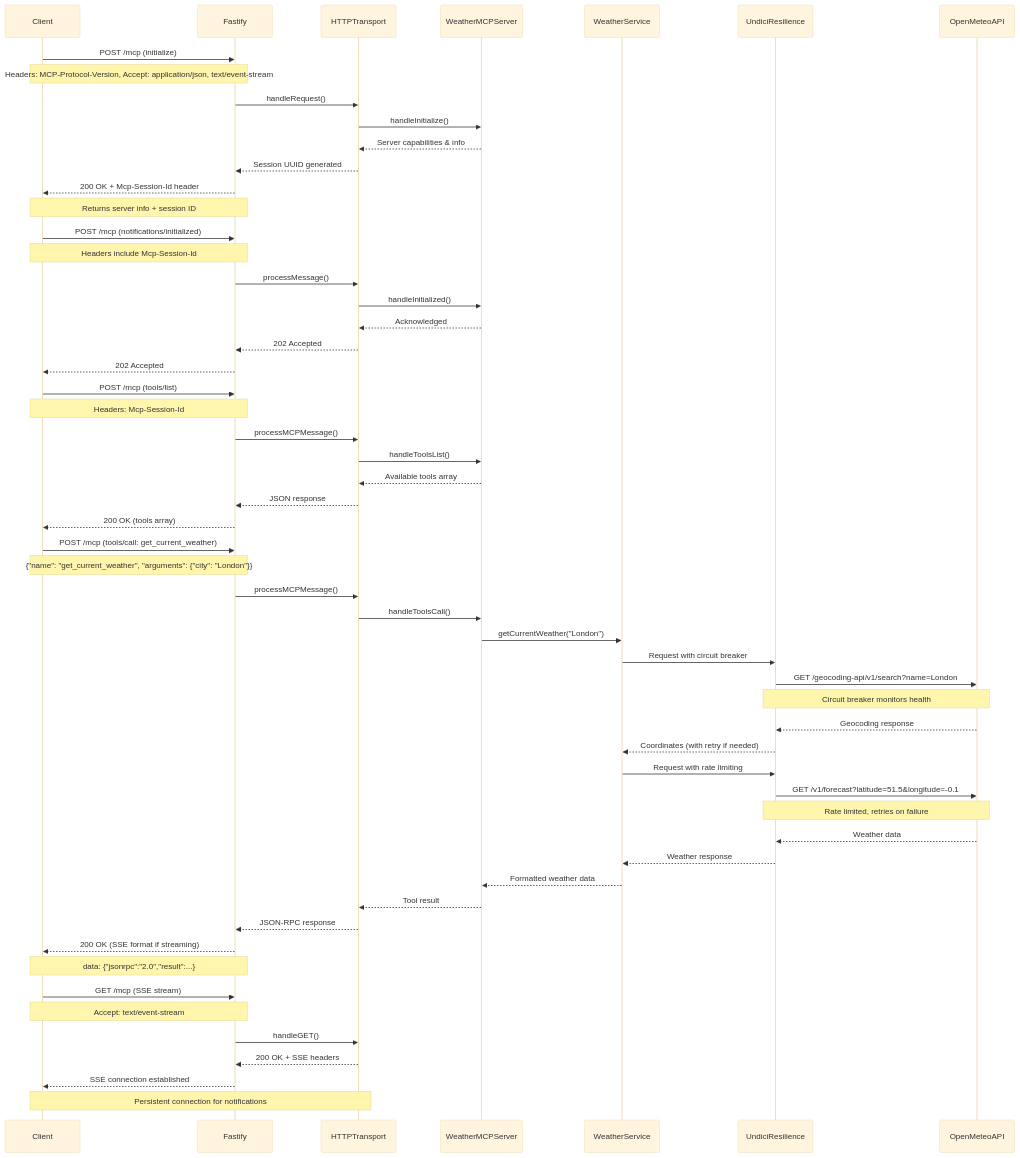
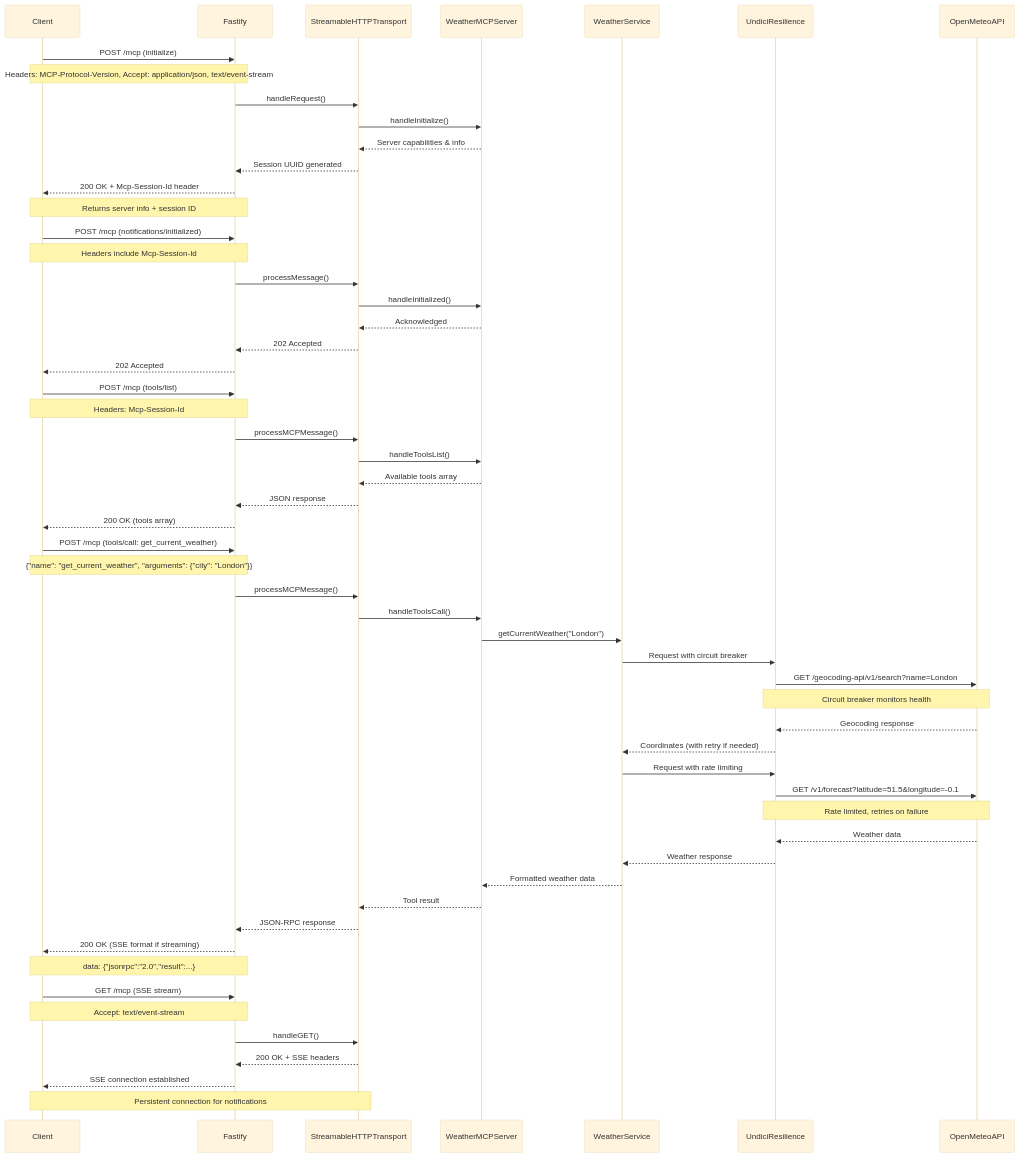
Before and after one commit to kumaran-is/mcp-weather-server: the second of 5 diagrams in README.md, drawn with Mermaid (base theme). The commit also changed other lines of this file and 1 other file, not shown here.

````diff
--- a/README.md
+++ b/README.md
@@ -380,72 +383,72 @@
 ```mermaid
 sequenceDiagram
     participant Client
     participant Fastify
-    participant HTTPTransport
+    participant StreamableHTTPTransport
     participant WeatherMCPServer
     participant WeatherService
     participant UndiciResilience
     participant OpenMeteoAPI
 
     %% Initialization Phase
     Client->>Fastify: POST /mcp (initialize)
     Note over Client,Fastify: Headers: MCP-Protocol-Version, Accept: application/json, text/event-stream
-    Fastify->>HTTPTransport: handleRequest()
-    HTTPTransport->>WeatherMCPServer: handleInitialize()
-    WeatherMCPServer-->>HTTPTransport: Server capabilities & info
-    HTTPTransport-->>Fastify: Session UUID generated
+    Fastify->>StreamableHTTPTransport: handleRequest()
+    StreamableHTTPTransport->>WeatherMCPServer: handleInitialize()
+    WeatherMCPServer-->>StreamableHTTPTransport: Server capabilities & info
+    StreamableHTTPTransport-->>Fastify: Session UUID generated
     Fastify-->>Client: 200 OK + Mcp-Session-Id header
     Note over Fastify,Client: Returns server info + session ID
 
     Client->>Fastify: POST /mcp (notifications/initialized)
     Note over Client,Fastify: Headers include Mcp-Session-Id
-    Fastify->>HTTPTransport: processMessage()
-    HTTPTransport->>WeatherMCPServer: handleInitialized()
-    WeatherMCPServer-->>HTTPTransport: Acknowledged
-    HTTPTransport-->>Fastify: 202 Accepted
+    Fastify->>StreamableHTTPTransport: processMessage()
+    StreamableHTTPTransport->>WeatherMCPServer: handleInitialized()
+    WeatherMCPServer-->>StreamableHTTPTransport: Acknowledged
+    StreamableHTTPTransport-->>Fastify: 202 Accepted
     Fastify-->>Client: 202 Accepted
 
     %% Tool Operations
     Client->>Fastify: POST /mcp (tools/list)
     Note over Client,Fastify: Headers: Mcp-Session-Id
-    Fastify->>HTTPTransport: processMCPMessage()
-    HTTPTransport->>WeatherMCPServer: handleToolsList()
-    WeatherMCPServer-->>HTTPTransport: Available tools array
-    HTTPTransport-->>Fastify: JSON response
+    Fastify->>StreamableHTTPTransport: processMCPMessage()
+    StreamableHTTPTransport->>WeatherMCPServer: handleToolsList()
+    WeatherMCPServer-->>StreamableHTTPTransport: Available tools array
+    StreamableHTTPTransport-->>Fastify: JSON response
     Fastify-->>Client: 200 OK (tools array)
 
     %% Weather Request Flow with Resilience
     Client->>Fastify: POST /mcp (tools/call: get_current_weather)
     Note over Client,Fastify: {"name": "get_current_weather", "arguments": {"city": "London"}}
-    Fastify->>HTTPTransport: processMCPMessage()
-    HTTPTransport->>WeatherMCPServer: handleToolsCall()
+    Fastify->>StreamableHTTPTransport: processMCPMessage()
+    StreamableHTTPTransport->>WeatherMCPServer: handleToolsCall()
     WeatherMCPServer->>WeatherService: getCurrentWeather("London")
 
     %% Geocoding with Resilience Patterns
     WeatherService->>UndiciResilience: Request with circuit breaker
     UndiciResilience->>OpenMeteoAPI: GET /geocoding-api/v1/search?name=London
     Note over UndiciResilience,OpenMeteoAPI: Circuit breaker monitors health
     OpenMeteoAPI-->>UndiciResilience: Geocoding response
     UndiciResilience-->>WeatherService: Coordinates (with retry if needed)
 
     %% Weather Data Fetch with Resilience
     WeatherService->>UndiciResilience: Request with rate limiting
     UndiciResilience->>OpenMeteoAPI: GET /v1/forecast?latitude=51.5&longitude=-0.1
     Note over UndiciResilience,OpenMeteoAPI: Rate limited, retries on failure
     OpenMeteoAPI-->>UndiciResilience: Weather data
     UndiciResilience-->>WeatherService: Weather response
 
     WeatherService-->>WeatherMCPServer: Formatted weather data
-    WeatherMCPServer-->>HTTPTransport: Tool result
-    HTTPTransport-->>Fastify: JSON-RPC response
+    WeatherMCPServer-->>StreamableHTTPTransport: Tool result
+    StreamableHTTPTransport-->>Fastify: JSON-RPC response
     Fastify-->>Client: 200 OK (SSE format if streaming)
     Note over Fastify,Client: data: {"jsonrpc":"2.0","result":...}
 
     %% SSE Stream for Real-time Updates
     Client->>Fastify: GET /mcp (SSE stream)
     Note over Client,Fastify: Accept: text/event-stream
-    Fastify->>HTTPTransport: handleGET()
-    HTTPTransport-->>Fastify: 200 OK + SSE headers
+    Fastify->>StreamableHTTPTransport: handleGET()
+    StreamableHTTPTransport-->>Fastify: 200 OK + SSE headers
     Fastify-->>Client: SSE connection established
-    Note over HTTPTransport,Client: Persistent connection for notifications
+    Note over StreamableHTTPTransport,Client: Persistent connection for notifications
 ```
````
